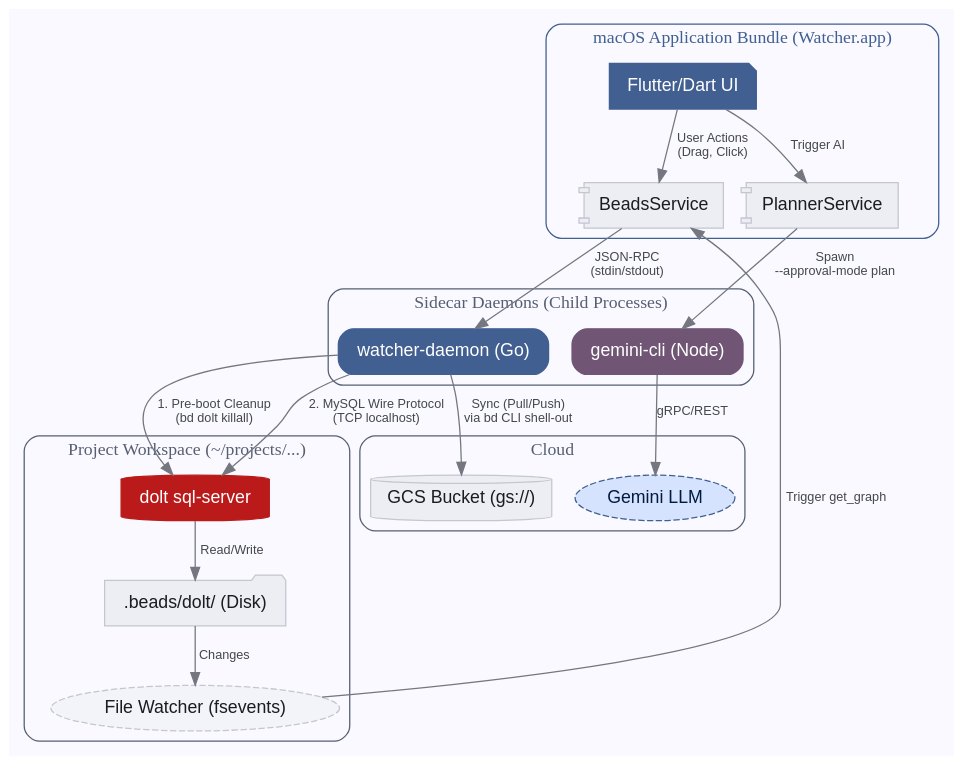
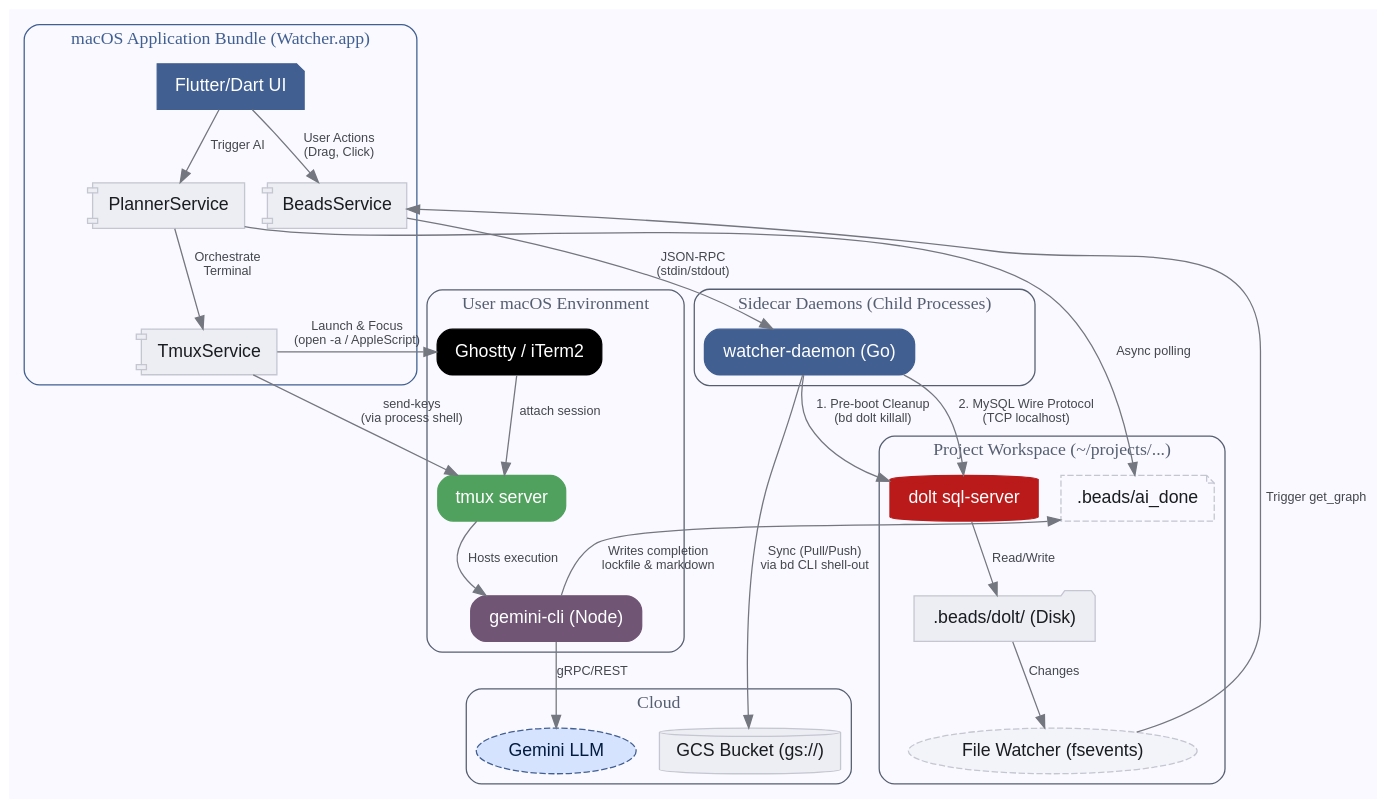
Before and after one commit to ghchinoy/watcher: the diagram in docs/ipc_architecture.dot, drawn with Graphviz. The commit also changed 17 other files, not shown here.

```diff
--- a/docs/ipc_architecture.dot
+++ b/docs/ipc_architecture.dot
@@ -1,66 +1,86 @@
 digraph G {
     node [shape=box, style="filled,rounded", fillcolor="#EDEDF4", color="#C4C6D0", fontname="Helvetica", fontcolor="#191C20"];
     edge [fontname="Helvetica", fontsize=10, color="#74777F", fontcolor="#44474E"];
     bgcolor="#F9F9FF";
     
     subgraph cluster_mac_app {
         label = "macOS Application Bundle (Watcher.app)";
         style = rounded;
         color = "#415F91";
         fontcolor = "#415F91";
         
         "Flutter/Dart UI" [shape=note, style="filled,rounded", fillcolor="#415F91", fontcolor="#FFFFFF", color="#415F91"];
         "BeadsService" [shape=component];
         "PlannerService" [shape=component];
+        "TmuxService" [shape=component];
         
         "Flutter/Dart UI" -> "BeadsService" [label=" User Actions\n(Drag, Click)"];
         "Flutter/Dart UI" -> "PlannerService" [label=" Trigger AI"];
+        "PlannerService" -> "TmuxService" [label=" Orchestrate\nTerminal"];
+    }
+
+    subgraph cluster_system_env {
+        label = "User macOS Environment";
+        style = rounded;
+        color = "#565F71";
+        fontcolor = "#565F71";
+        
+        "Ghostty_iTerm2" [label="Ghostty / iTerm2", shape=box, style="filled,rounded", fillcolor="#000000", fontcolor="#FFFFFF", color="#000000"];
+        "tmux server" [shape=Mrecord, style="filled,rounded", fillcolor="#51A15E", fontcolor="#FFFFFF", color="#51A15E"];
+        "gemini-cli (Node)" [shape=Mrecord, style="filled,rounded", fillcolor="#705575", fontcolor="#FFFFFF", color="#705575"];
     }
 
     subgraph cluster_daemon {
         label = "Sidecar Daemons (Child Processes)";
         style = rounded;
         color = "#565F71";
         fontcolor = "#565F71";
         
         "watcher-daemon (Go)" [shape=Mrecord, style="filled,rounded", fillcolor="#415F91", fontcolor="#FFFFFF", color="#415F91"];
-        "gemini-cli (Node)" [shape=Mrecord, style="filled,rounded", fillcolor="#705575", fontcolor="#FFFFFF", color="#705575"];
     }
     
     subgraph cluster_db {
         label = "Project Workspace (~/projects/...)";
         style = rounded;
         color = "#565F71";
         fontcolor = "#565F71";
         
         "dolt sql-server" [shape=cylinder, style="filled", fillcolor="#BA1A1A", fontcolor="#FFFFFF", color="#BA1A1A"];
         ".beads/dolt/ (Disk)" [shape=folder];
         "File Watcher (fsevents)" [shape=oval, style="filled,dashed", fillcolor="#F3F3FA"];
+        ".beads/ai_done" [shape=note, style="dashed", fillcolor="#FFFFFF"];
     }
     
     subgraph cluster_cloud {
         label = "Cloud";
         style = rounded;
         color = "#565F71";
         fontcolor = "#565F71";
         
         "GCS Bucket (gs://)" [shape=cylinder];
         "Gemini LLM" [shape=ellipse, style="filled,dashed", fillcolor="#D6E3FF", fontcolor="#001B3E", color="#415F91"];
     }
 
     // IPC & Network Connections
     "BeadsService" -> "watcher-daemon (Go)" [label=" JSON-RPC\n(stdin/stdout)"];
-    "PlannerService" -> "gemini-cli (Node)" [label=" Spawn\n--approval-mode plan"];
+    
+    // Tmux / AI Execution path
+    "TmuxService" -> "Ghostty_iTerm2" [label=" Launch & Focus\n(open -a / AppleScript)"];
+    "TmuxService" -> "tmux server" [label=" send-keys\n(via process shell)"];
+    "Ghostty_iTerm2" -> "tmux server" [label=" attach session"];
+    "tmux server" -> "gemini-cli (Node)" [label=" Hosts execution"];
+    "gemini-cli (Node)" -> ".beads/ai_done" [label=" Writes completion\nlockfile & markdown"];
+    "PlannerService" -> ".beads/ai_done" [label=" Async polling"];
     
     "watcher-daemon (Go)" -> "dolt sql-server" [label=" 1. Pre-boot Cleanup\n(bd dolt killall)"];
     "watcher-daemon (Go)" -> "dolt sql-server" [label=" 2. MySQL Wire Protocol\n(TCP localhost)"];
     "dolt sql-server" -> ".beads/dolt/ (Disk)" [label=" Read/Write"];
     
     // Cloud Connections
     "watcher-daemon (Go)" -> "GCS Bucket (gs://)" [label=" Sync (Pull/Push)\nvia bd CLI shell-out"];
     "gemini-cli (Node)" -> "Gemini LLM" [label=" gRPC/REST"];
     
     // Reactive UI Loop
     ".beads/dolt/ (Disk)" -> "File Watcher (fsevents)" [label=" Changes"];
     "File Watcher (fsevents)" -> "BeadsService" [label=" Trigger get_graph"];
 }
```
